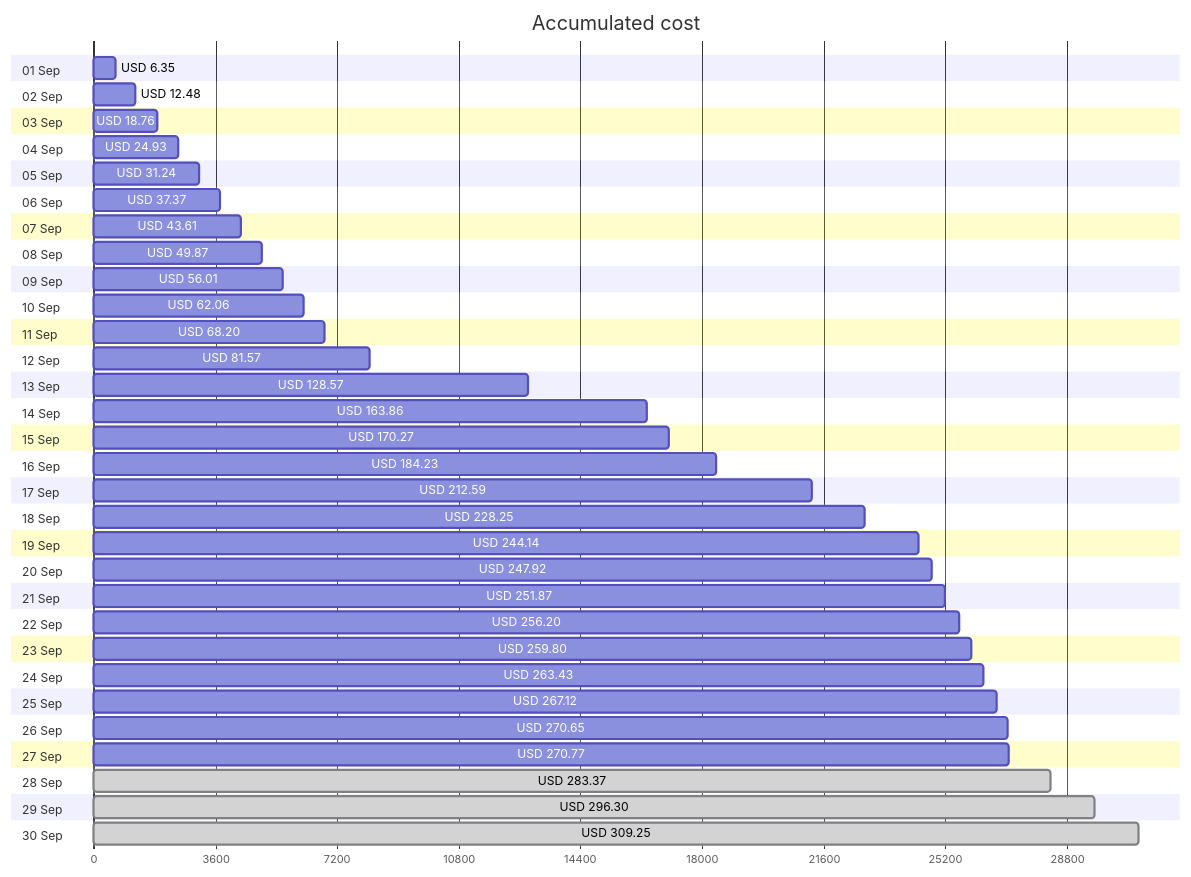
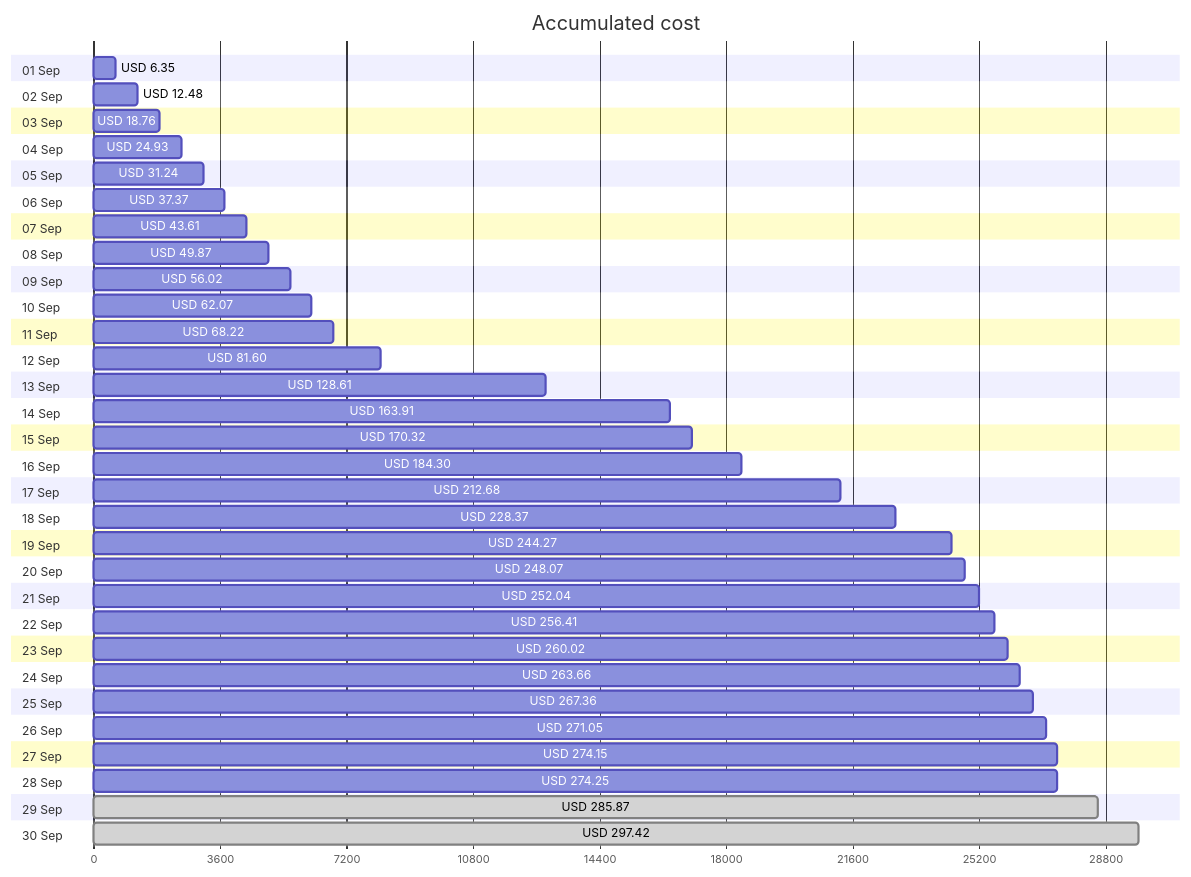
One commit to jpfulton/azure-personal-reports changed the first of 4 diagrams in cost-reports/accumulated-cost.md. Above: the diagram before and after it, drawn with Mermaid. The commit also changed other lines of this file and 4 other files, not shown here.

````diff
--- a/cost-reports/accumulated-cost.md
+++ b/cost-reports/accumulated-cost.md
@@ -20,66 +20,66 @@
 ```mermaid
 gantt
    title Accumulated cost
    dateFormat  X
    axisFormat %s
    section 01 Sep
    USD 6.35 :0, 635
    section 02 Sep
    USD 12.48 :0, 1248
    section 03 Sep
    USD 18.76 :0, 1876
    section 04 Sep
    USD 24.93 :0, 2493
    section 05 Sep
    USD 31.24 :0, 3124
    section 06 Sep
    USD 37.37 :0, 3737
    section 07 Sep
    USD 43.61 :0, 4361
    section 08 Sep
    USD 49.87 :0, 4987
    section 09 Sep
-   USD 56.01 :0, 5601
+   USD 56.02 :0, 5602
    section 10 Sep
-   USD 62.06 :0, 6206
+   USD 62.07 :0, 6207
    section 11 Sep
-   USD 68.20 :0, 6820
+   USD 68.22 :0, 6822
    section 12 Sep
-   USD 81.57 :0, 8157
+   USD 81.60 :0, 8160
    section 13 Sep
-   USD 128.57 :0, 12857
+   USD 128.61 :0, 12861
    section 14 Sep
-   USD 163.86 :0, 16386
+   USD 163.91 :0, 16391
    section 15 Sep
-   USD 170.27 :0, 17027
+   USD 170.32 :0, 17032
    section 16 Sep
-   USD 184.23 :0, 18423
+   USD 184.30 :0, 18430
    section 17 Sep
-   USD 212.59 :0, 21259
+   USD 212.68 :0, 21268
    section 18 Sep
-   USD 228.25 :0, 22825
+   USD 228.37 :0, 22837
    section 19 Sep
-   USD 244.14 :0, 24414
+   USD 244.27 :0, 24427
    section 20 Sep
-   USD 247.92 :0, 24792
+   USD 248.07 :0, 24807
    section 21 Sep
-   USD 251.87 :0, 25187
+   USD 252.04 :0, 25204
    section 22 Sep
-   USD 256.20 :0, 25620
+   USD 256.41 :0, 25641
    section 23 Sep
-   USD 259.80 :0, 25980
+   USD 260.02 :0, 26002
    section 24 Sep
-   USD 263.43 :0, 26343
+   USD 263.66 :0, 26366
    section 25 Sep
-   USD 267.12 :0, 26712
+   USD 267.36 :0, 26736
    section 26 Sep
-   USD 270.65 :0, 27065
+   USD 271.05 :0, 27105
    section 27 Sep
-   USD 270.77 :0, 27077
+   USD 274.15 :0, 27415
    section 28 Sep
-   USD 283.37 : done, 0, 28337
+   USD 274.25 :0, 27425
    section 29 Sep
-   USD 296.30 : done, 0, 29630
+   USD 285.87 : done, 0, 28587
    section 30 Sep
-   USD 309.25 : done, 0, 30925
+   USD 297.42 : done, 0, 29742
 ```
````
